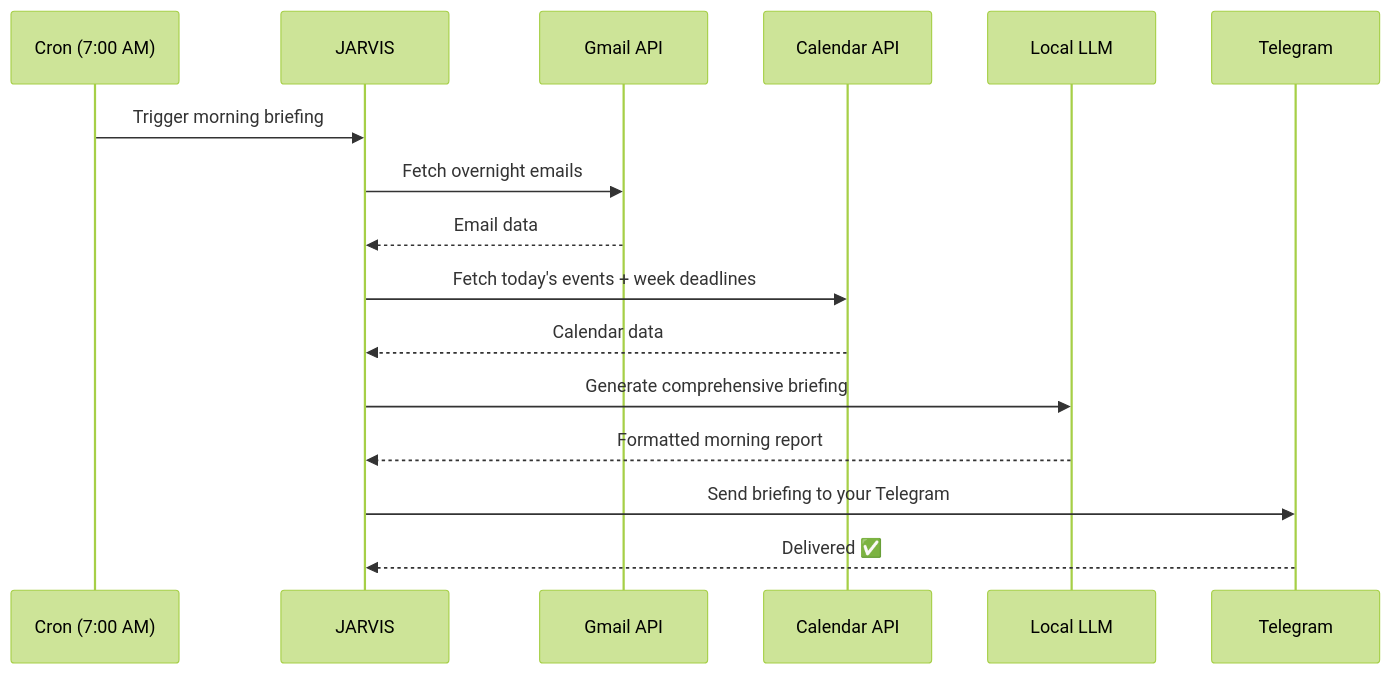
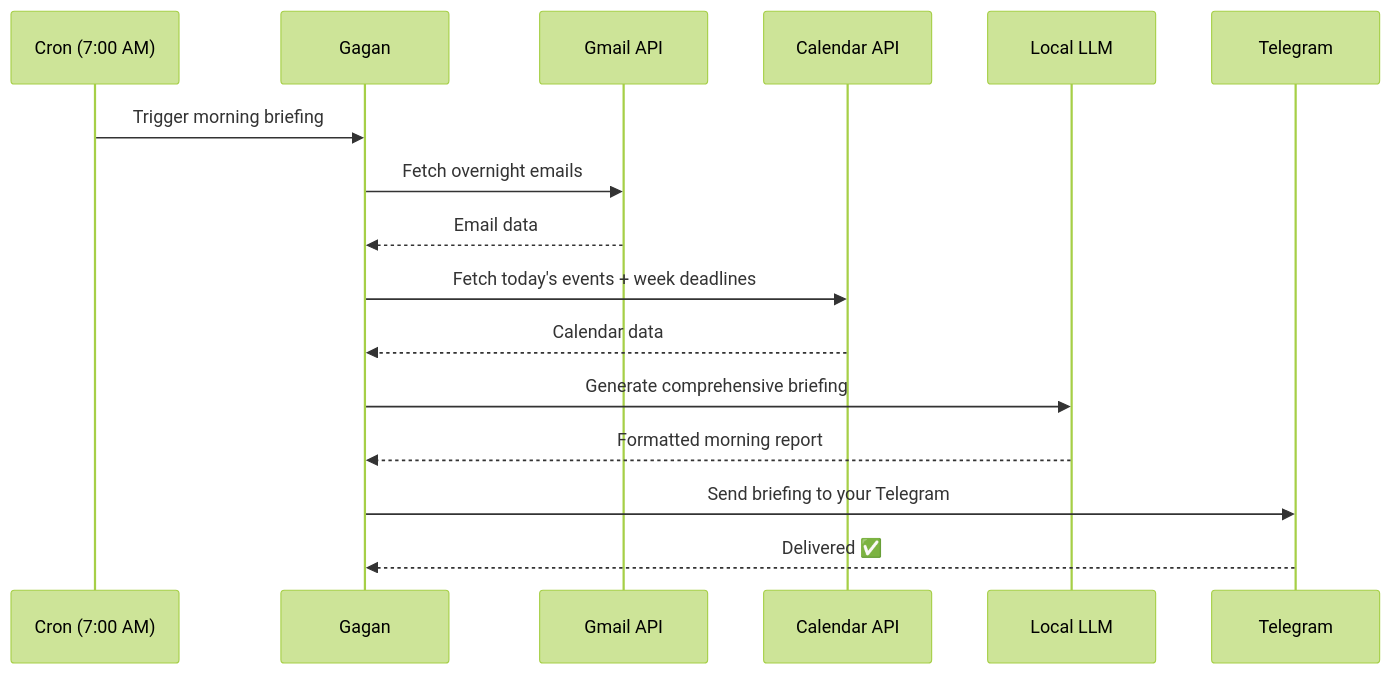
One commit to gagansokhal-coder/Jarvis changed the sixth of 8 diagrams in JARVIS-AI-Strategy.md. Above: the diagram before and after it, drawn with Mermaid (forest theme). The commit also changed other lines of this file and 1 other file, not shown here.

Commit message:
docs: align strategy roadmap and memory to Gagan AI assistant identity

````diff
--- a/JARVIS-AI-Strategy.md
+++ b/JARVIS-AI-Strategy.md
@@ -540,19 +540,19 @@
 ```mermaid
 sequenceDiagram
     participant C as Cron (7:00 AM)
-    participant J as JARVIS
+    participant G as Gagan
     participant GM as Gmail API
     participant GC as Calendar API
     participant L as Local LLM
     participant T as Telegram
 
-    C->>J: Trigger morning briefing
-    J->>GM: Fetch overnight emails
-    GM-->>J: Email data
-    J->>GC: Fetch today's events + week deadlines
-    GC-->>J: Calendar data
-    J->>L: Generate comprehensive briefing
-    L-->>J: Formatted morning report
-    J->>T: Send briefing to your Telegram
-    T-->>J: Delivered ✅
+    C->>G: Trigger morning briefing
+    G->>GM: Fetch overnight emails
+    GM-->>G: Email data
+    G->>GC: Fetch today's events + week deadlines
+    GC-->>G: Calendar data
+    G->>L: Generate comprehensive briefing
+    L-->>G: Formatted morning report
+    G->>T: Send briefing to your Telegram
+    T-->>G: Delivered ✅
 ```
````
